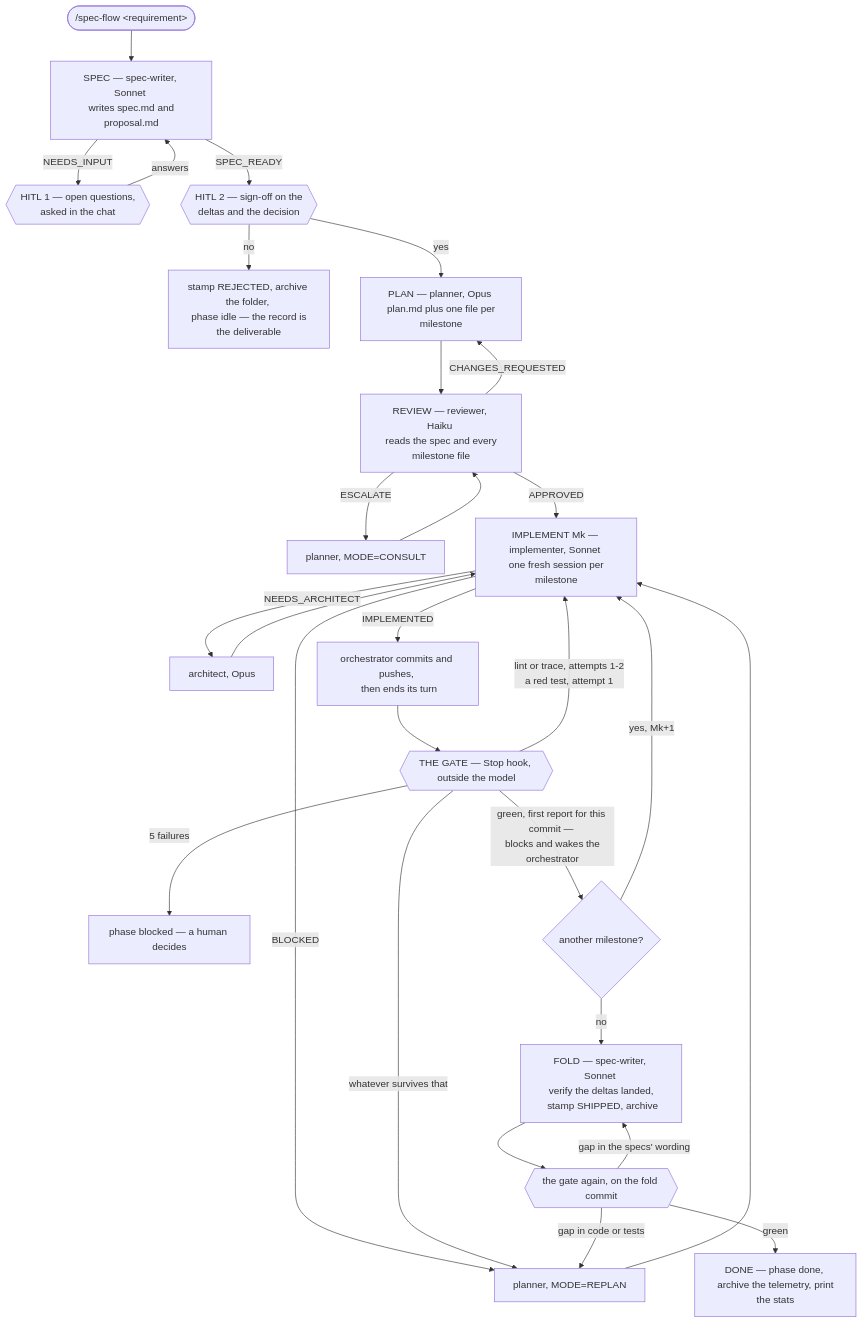
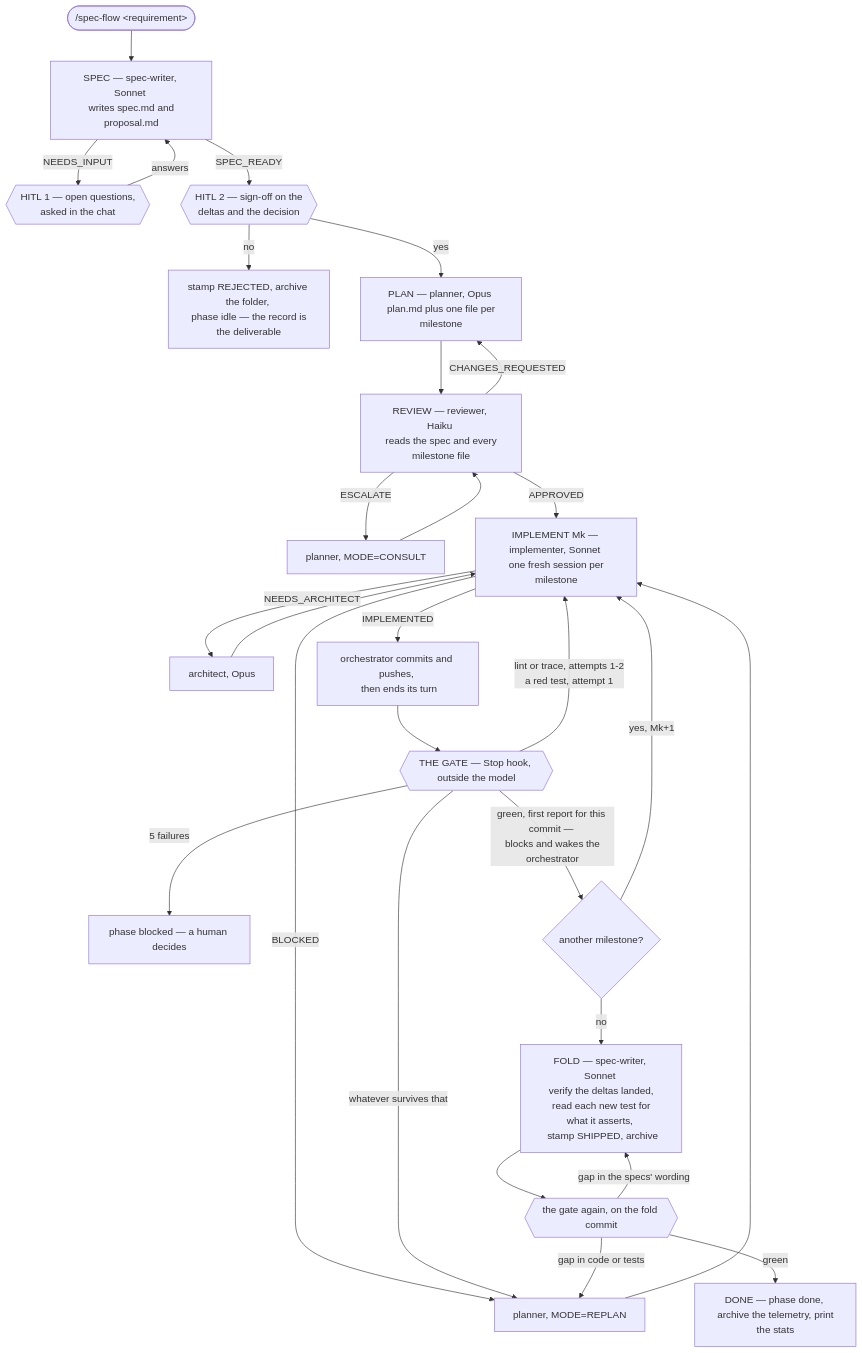
The first of 3 diagrams in REFERENCE.md (IgnacioMarin402/spec-flow-plugin), drawn with Mermaid before and after one commit. The commit also changed other lines of this file and 7 other files, not shown here.

First line of the commit message:
feat(fold): read what a tagged test actually asserts, and refuse the check that cannot

````diff
--- a/REFERENCE.md
+++ b/REFERENCE.md
@@ -785,30 +799,30 @@
 ```mermaid
 flowchart TD
     A(["/spec-flow &lt;requirement&gt;"]) --> B["SPEC — spec-writer, Sonnet <br/> writes spec.md and proposal.md"]
     B -->|"NEEDS_INPUT"| Q{{"HITL 1 — open questions, <br/> asked in the chat"}}
     Q -->|"answers"| B
     B -->|"SPEC_READY"| S{{"HITL 2 — sign-off on the <br/> deltas and the decision"}}
     S -->|"no"| REJ["stamp REJECTED, archive the folder, <br/> phase idle — the record is the deliverable"]
     S -->|"yes"| P["PLAN — planner, Opus <br/> plan.md plus one file per milestone"]
     P --> R["REVIEW — reviewer, Haiku <br/> reads the spec and every milestone file"]
     R -->|"ESCALATE"| CON["planner, MODE=CONSULT"]
     CON --> R
     R -->|"CHANGES_REQUESTED"| P
     R -->|"APPROVED"| I["IMPLEMENT Mk — implementer, Sonnet <br/> one fresh session per milestone"]
     I -->|"NEEDS_ARCHITECT"| ARCH["architect, Opus"]
     ARCH --> I
     I -->|"BLOCKED"| RE["planner, MODE=REPLAN"]
     RE --> I
     I -->|"IMPLEMENTED"| CM["orchestrator commits and pushes, <br/> then ends its turn"]
     CM --> G{{"THE GATE — Stop hook, outside the model"}}
     G -->|"lint or trace, attempts 1-2 <br/> a red test, attempt 1"| I
     G -->|"whatever survives that"| RE
     G -->|"5 failures"| BLK["phase blocked — a human decides"]
     G -->|"green, first report for this commit — <br/> blocks and wakes the orchestrator"| MORE{"another milestone?"}
     MORE -->|"yes, Mk+1"| I
-    MORE -->|"no"| F["FOLD — spec-writer, Sonnet <br/> verify the deltas landed, <br/> stamp SHIPPED, archive"]
+    MORE -->|"no"| F["FOLD — spec-writer, Sonnet <br/> verify the deltas landed, <br/> read each new test for what it asserts, <br/> stamp SHIPPED, archive"]
     F --> G2{{"the gate again, on the fold commit"}}
     G2 -->|"gap in the specs' wording"| F
     G2 -->|"gap in code or tests"| RE
     G2 -->|"green"| D["DONE — phase done, <br/> archive the telemetry, print the stats"]
 ```
````
